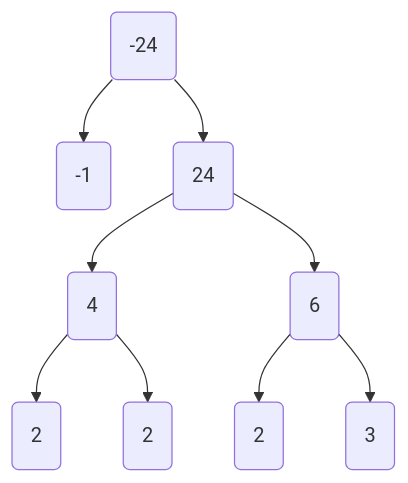
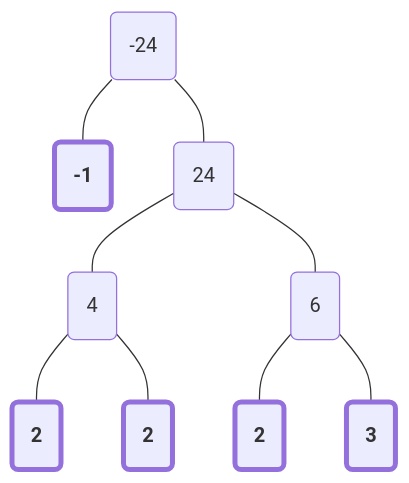
Before and after one commit to tinkermeister-42/Algebra1: the seventh of 11 diagrams in chapters/Unit_1/1.2_Factors_Multiples_&_Prime_Factorization.qmd, drawn with Mermaid. The commit also changed other lines of this file and 17 other files, not shown here.

````diff
--- a/chapters/Unit_1/1.2_Factors_Multiples_&_Prime_Factorization.qmd
+++ b/chapters/Unit_1/1.2_Factors_Multiples_&_Prime_Factorization.qmd
@@ -250,23 +301,29 @@
 ```{mermaid}
 %%| label: fig-mermaid-diagram
 %%| fit-align: center
 %%| fig-cap: " "
 flowchart TB
     node_0("-24")
     node_1_0_1("-1")
-    node_0 --> node_1_0_1
+    node_0 --- node_1_0_1
     node_1_1_1("24")
-    node_0 --> node_1_1_1
+    node_0 --- node_1_1_1
     node_1_1_2_0_2("4")
-    node_1_1_1 --> node_1_1_2_0_2
+    node_1_1_1 --- node_1_1_2_0_2
     node_1_1_2_0_3_0_3("2")
-    node_1_1_2_0_2 --> node_1_1_2_0_3_0_3
+    node_1_1_2_0_2 --- node_1_1_2_0_3_0_3
     node_1_1_2_0_3_1_3("2")
-    node_1_1_2_0_2 --> node_1_1_2_0_3_1_3
+    node_1_1_2_0_2 --- node_1_1_2_0_3_1_3
     node_1_1_2_1_2("6")
-    node_1_1_1 --> node_1_1_2_1_2
+    node_1_1_1 --- node_1_1_2_1_2
     node_1_1_2_1_3_0_3("2")
-    node_1_1_2_1_2 --> node_1_1_2_1_3_0_3
+    node_1_1_2_1_2 --- node_1_1_2_1_3_0_3
     node_1_1_2_1_3_1_3("3")
-    node_1_1_2_1_2 --> node_1_1_2_1_3_1_3
+    node_1_1_2_1_2 --- node_1_1_2_1_3_1_3
+
+    style node_1_0_1 stroke-width:4px,font-weight:bold;
+    style node_1_1_2_0_3_0_3 stroke-width:4px,font-weight:bold;
+    style node_1_1_2_0_3_1_3 stroke-width:4px,font-weight:bold;
+    style node_1_1_2_1_3_0_3 stroke-width:4px,font-weight:bold;
+    style node_1_1_2_1_3_1_3 stroke-width:4px,font-weight:bold;
 ```
````
